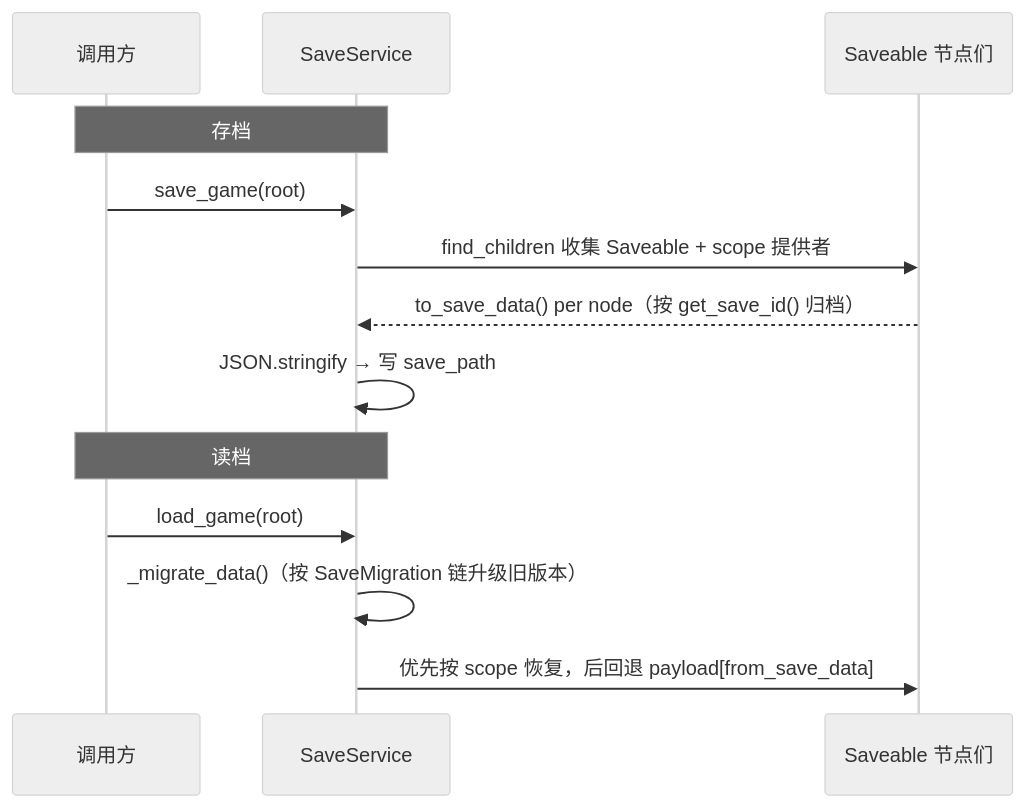
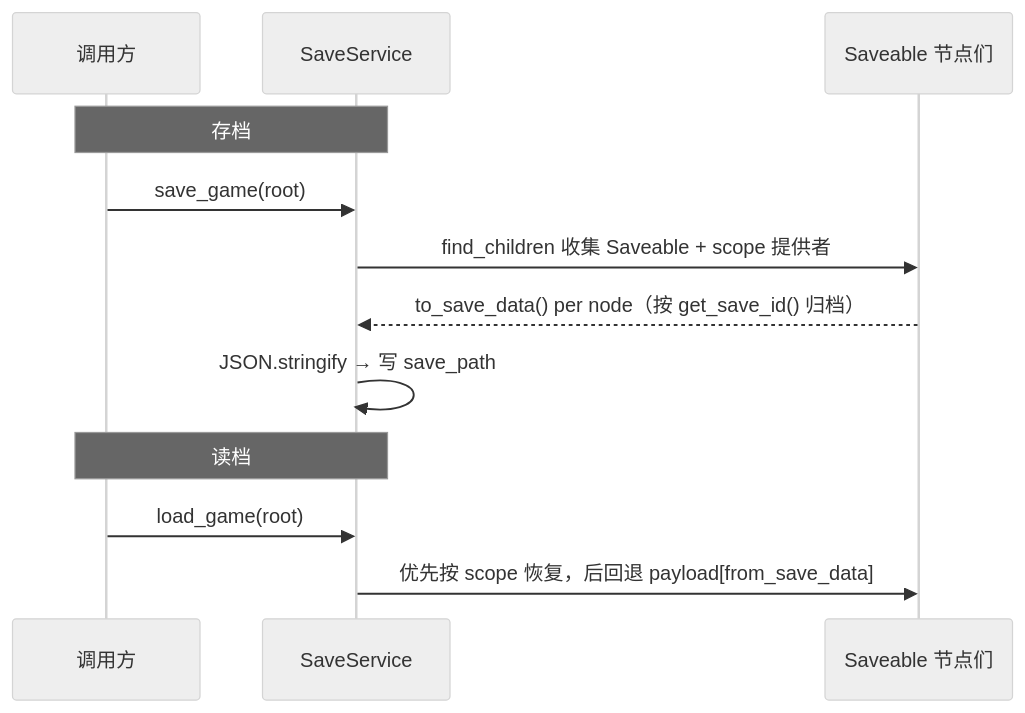
One commit to xiaofeiqiu/mkit changed diagram 13 of 20 in docs/pipeline.md. Above: the diagram before and after it, drawn with Mermaid (neutral theme). The commit also changed other lines of this file and 20 other files, not shown here.

````diff
--- a/docs/pipeline.md
+++ b/docs/pipeline.md
@@ -791,17 +791,16 @@
 ```mermaid
 sequenceDiagram
     participant Caller as 调用方
     participant SV as SaveService
     participant N as Saveable 节点们
 
     Note over Caller,SV: 存档
     Caller->>SV: save_game(root)
     SV->>N: find_children 收集 Saveable + scope 提供者
     N-->>SV: to_save_data() per node（按 get_save_id() 归档）
     SV->>SV: JSON.stringify → 写 save_path
 
     Note over Caller,SV: 读档
     Caller->>SV: load_game(root)
-    SV->>SV: _migrate_data()（按 SaveMigration 链升级旧版本）
     SV->>N: 优先按 scope 恢复，后回退 payload[from_save_data]
 ```
````
